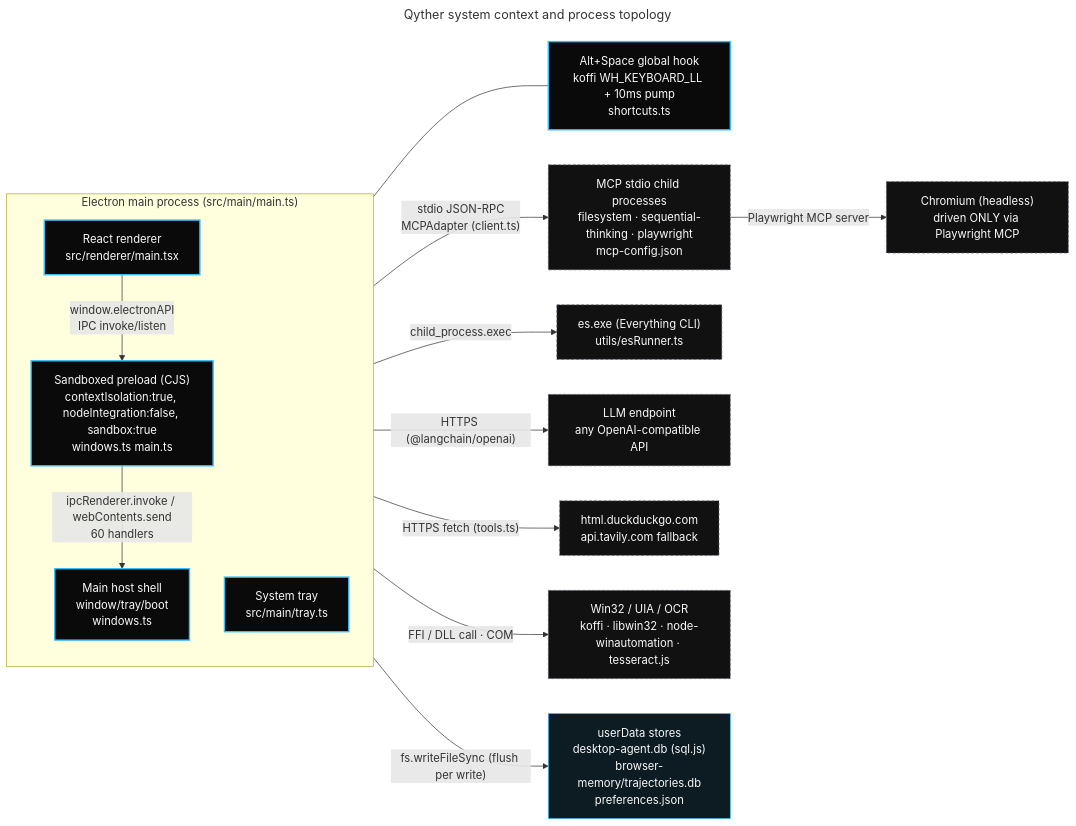
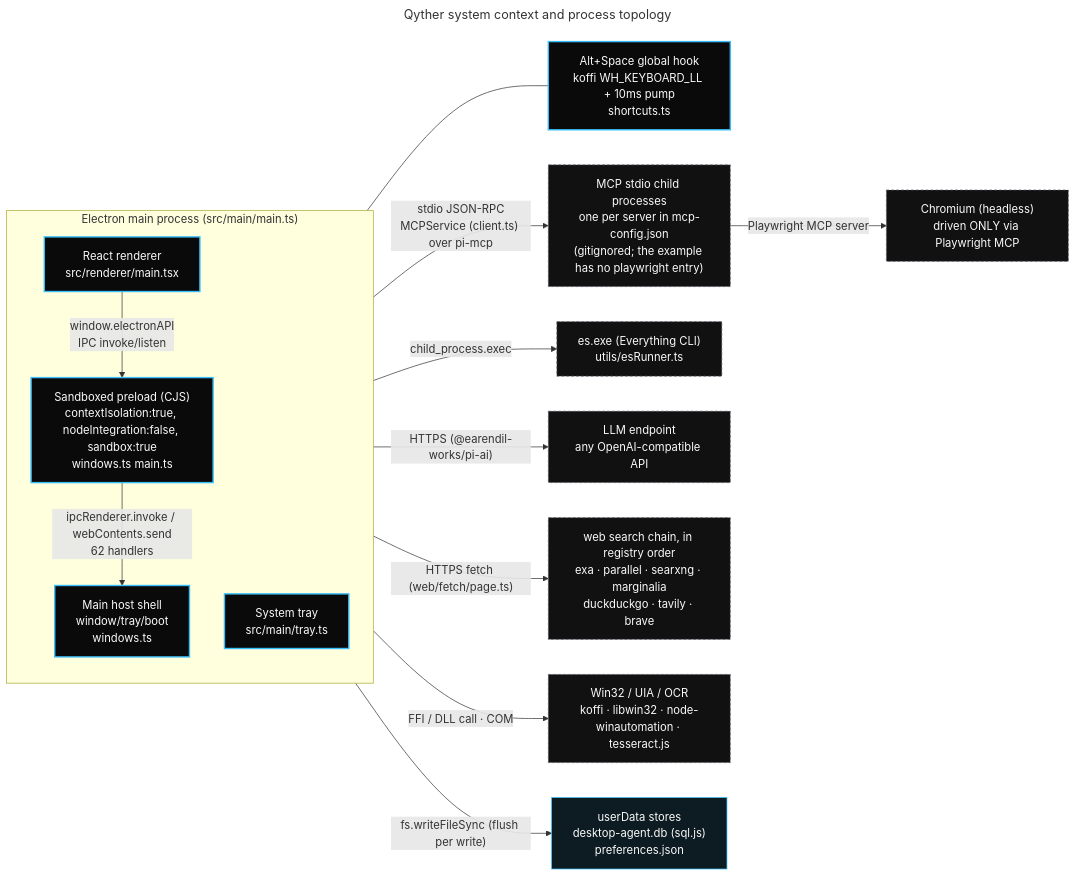
The diagram in docs/diagrams/system-context.mmd (Launchero/Qyther), drawn with Mermaid before and after one commit. The commit also changed 83 other files, not shown here.

Commit message:
docs(contracts): refresh dox docs design-lab diagrams and screenshots

```diff
--- a/docs/diagrams/system-context.mmd
+++ b/docs/diagrams/system-context.mmd
@@ -1,37 +1,37 @@
 ---
 title: Qyther system context and process topology
 ---
 %%{accTitle: "Qyther system context: Electron main, sandboxed preload, React renderer, tray, and external boundaries (MCP stdio children, Playwright-driven Chromium, es.exe, LLM endpoint, web search, userData stores, Win32/UIA)"}%%
 flowchart LR
   classDef proc fill:#0a0a0a,stroke:#38bdf8,stroke-width:2px,color:#fafafa;
   classDef ext fill:#111111,stroke:#5b6470,stroke-width:1px,color:#fafafa,stroke-dasharray:4 3;
   classDef store fill:#0d1b22,stroke:#38bdf8,color:#fafafa;
 
   subgraph MAIN["Electron main process (src/main/main.ts)"]
     direction TB
     M["Main host shell<br/>window/tray/boot<br/>windows.ts"]:::proc
     P["Sandboxed preload (CJS)<br/>contextIsolation:true, nodeIntegration:false, sandbox:true<br/>windows.ts main.ts"]:::proc
     R["React renderer<br/>src/renderer/main.tsx"]:::proc
     T["System tray<br/>src/main/tray.ts"]:::proc
     R -- "window.electronAPI<br/>IPC invoke/listen" --> P
-    P -- "ipcRenderer.invoke / webContents.send<br/>60 handlers" --> M
+    P -- "ipcRenderer.invoke / webContents.send<br/>62 handlers" --> M
   end
 
   G["Alt+Space global hook<br/>koffi WH_KEYBOARD_LL + 10ms pump<br/>shortcuts.ts"]:::proc
   M --- G
 
-  MCP["MCP stdio child processes<br/>filesystem · sequential-thinking · playwright<br/>mcp-config.json"]:::ext
+  MCP["MCP stdio child processes<br/>one per server in mcp-config.json<br/>(gitignored; the example has no playwright entry)"]:::ext
   CH["Chromium (headless)<br/>driven ONLY via Playwright MCP"]:::ext
   ES["es.exe (Everything CLI)<br/>utils/esRunner.ts"]:::ext
   LLM["LLM endpoint<br/>any OpenAI-compatible API"]:::ext
-  WEB["html.duckduckgo.com<br/>api.tavily.com fallback"]:::ext
+  WEB["web search chain, in registry order<br/>exa · parallel · searxng · marginalia<br/>duckduckgo · tavily · brave"]:::ext
   OS["Win32 / UIA / OCR<br/>koffi · libwin32 · node-winautomation · tesseract.js"]:::ext
-  DB["userData stores<br/>desktop-agent.db (sql.js)<br/>browser-memory/trajectories.db<br/>preferences.json"]:::store
+  DB["userData stores<br/>desktop-agent.db (sql.js)<br/>preferences.json"]:::store
 
-  M -- "stdio JSON-RPC<br/>MCPAdapter (client.ts)" --> MCP
+  M -- "stdio JSON-RPC<br/>MCPService (client.ts) over pi-mcp" --> MCP
   MCP -- "Playwright MCP server" --> CH
   M -- "child_process.exec" --> ES
-  M -- "HTTPS (@langchain/openai)" --> LLM
-  M -- "HTTPS fetch (tools.ts)" --> WEB
+  M -- "HTTPS (@earendil-works/pi-ai)" --> LLM
+  M -- "HTTPS fetch (web/fetch/page.ts)" --> WEB
   M -- "FFI / DLL call · COM" --> OS
   M -- "fs.writeFileSync (flush per write)" --> DB
```
